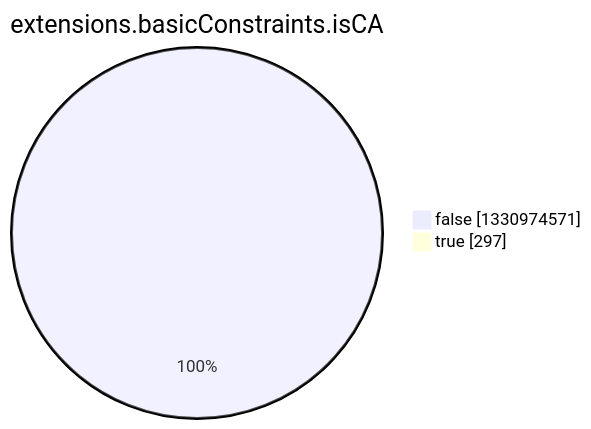
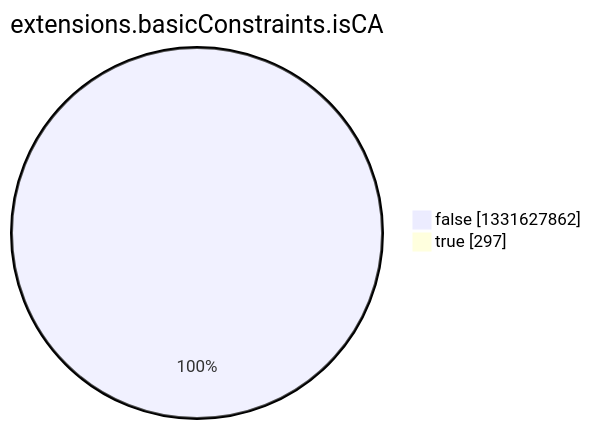
Before and after one commit to christiankrug/ctmonitor_visualization: the eighth of 15 diagrams in argon2022/README.md, drawn with Mermaid. The commit also changed other lines of this file, not shown here.

````diff
--- a/argon2022/README.md
+++ b/argon2022/README.md
@@ -2758,6 +2758,6 @@
 ```mermaid
 pie showData
 title extensions.basicConstraints.isCA
-"false" :1330974571
+"false" :1331627862
 "true" :297
 ```
````
